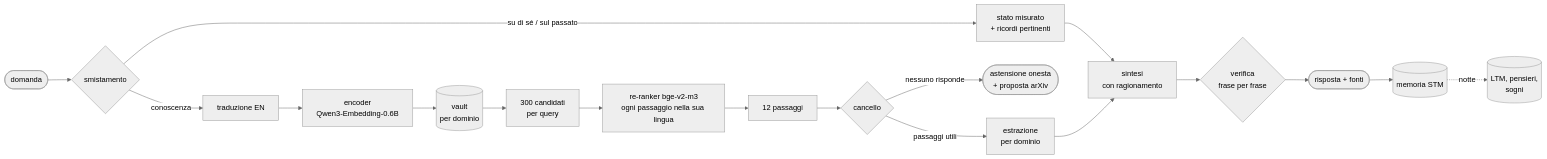
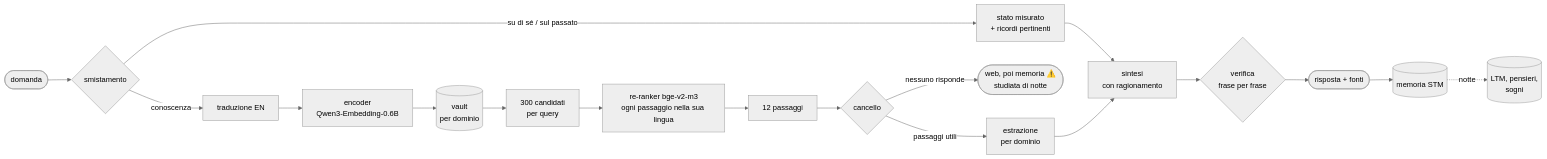
One commit to Soliton0382/A.U.R.O.R.A. changed the second of 3 diagrams in README.md. Above: the diagram before and after it, drawn with Mermaid (neutral theme). The commit also changed other lines of this file and 16 other files, not shown here.

Commit message:
README, GitHub page and charts for the new Aurora: answers by the question's kind, thinking modes, emotions, diet, access from away (M129, M130)

````diff
--- a/README.md
+++ b/README.md
@@ -73,14 +97,14 @@
 ```mermaid
 flowchart LR
   Q([domanda]) --> R{smistamento}
   R -- "su di sé / sul passato" --> S[stato misurato<br/>+ ricordi pertinenti] --> W
   R -- conoscenza --> T[traduzione EN] --> E[encoder<br/>Qwen3-Embedding-0.6B]
   E --> V[(vault<br/>per dominio)] --> C[300 candidati<br/>per query]
   C --> X[re-ranker bge-v2-m3<br/>ogni passaggio nella sua lingua] --> K[12 passaggi]
   K --> G{cancello}
-  G -- nessuno risponde --> A([astensione onesta<br/>+ proposta arXiv])
+  G -- nessuno risponde --> A([web, poi memoria ⚠️<br/>studiata di notte])
   G -- passaggi utili --> D[estrazione<br/>per dominio] --> W[sintesi<br/>con ragionamento]
   W --> F{verifica<br/>frase per frase}
   F --> O([risposta + fonti]) --> M[(memoria STM)]
   M -. notte .-> L[(LTM, pensieri,<br/>sogni)]
 ```
````
